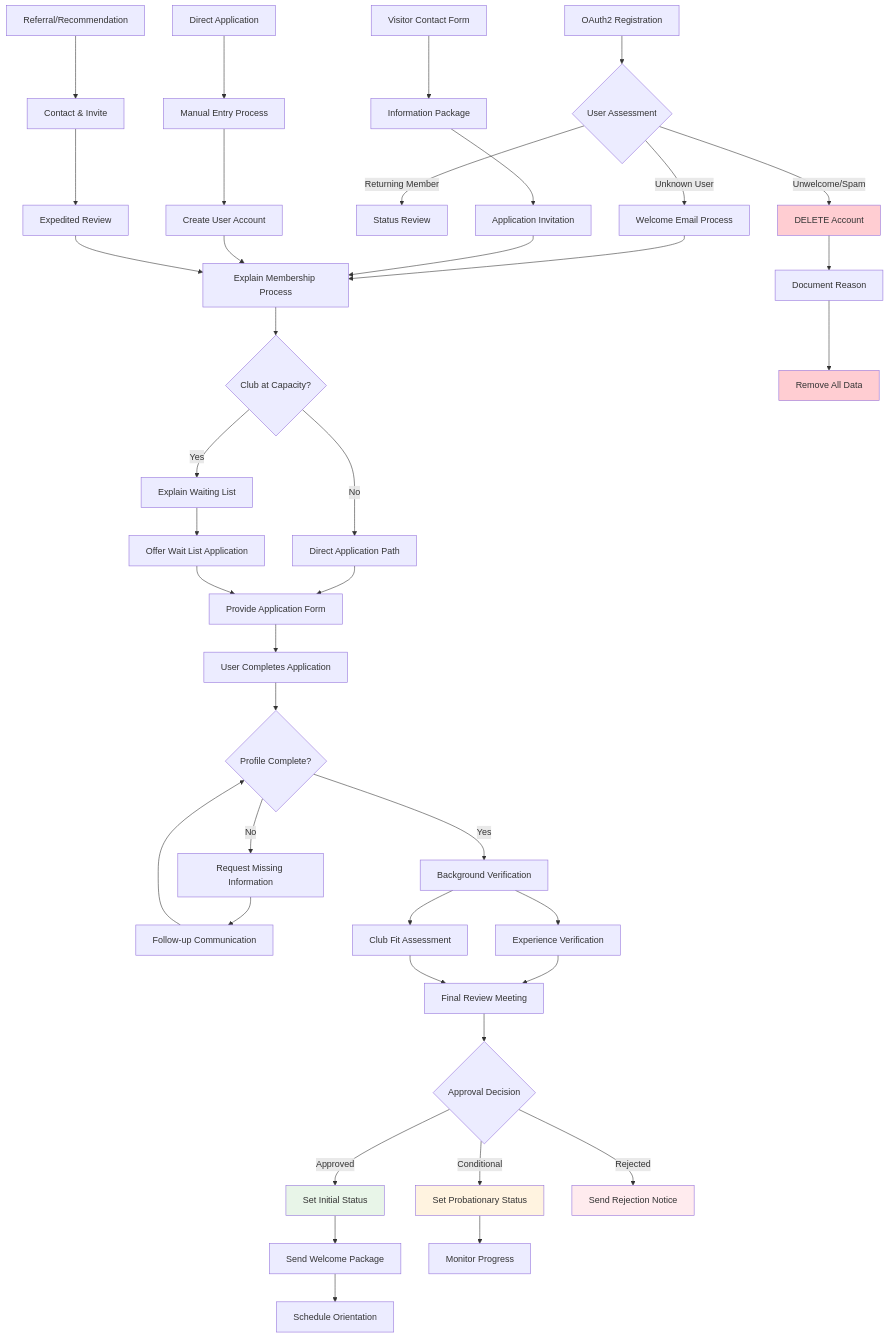
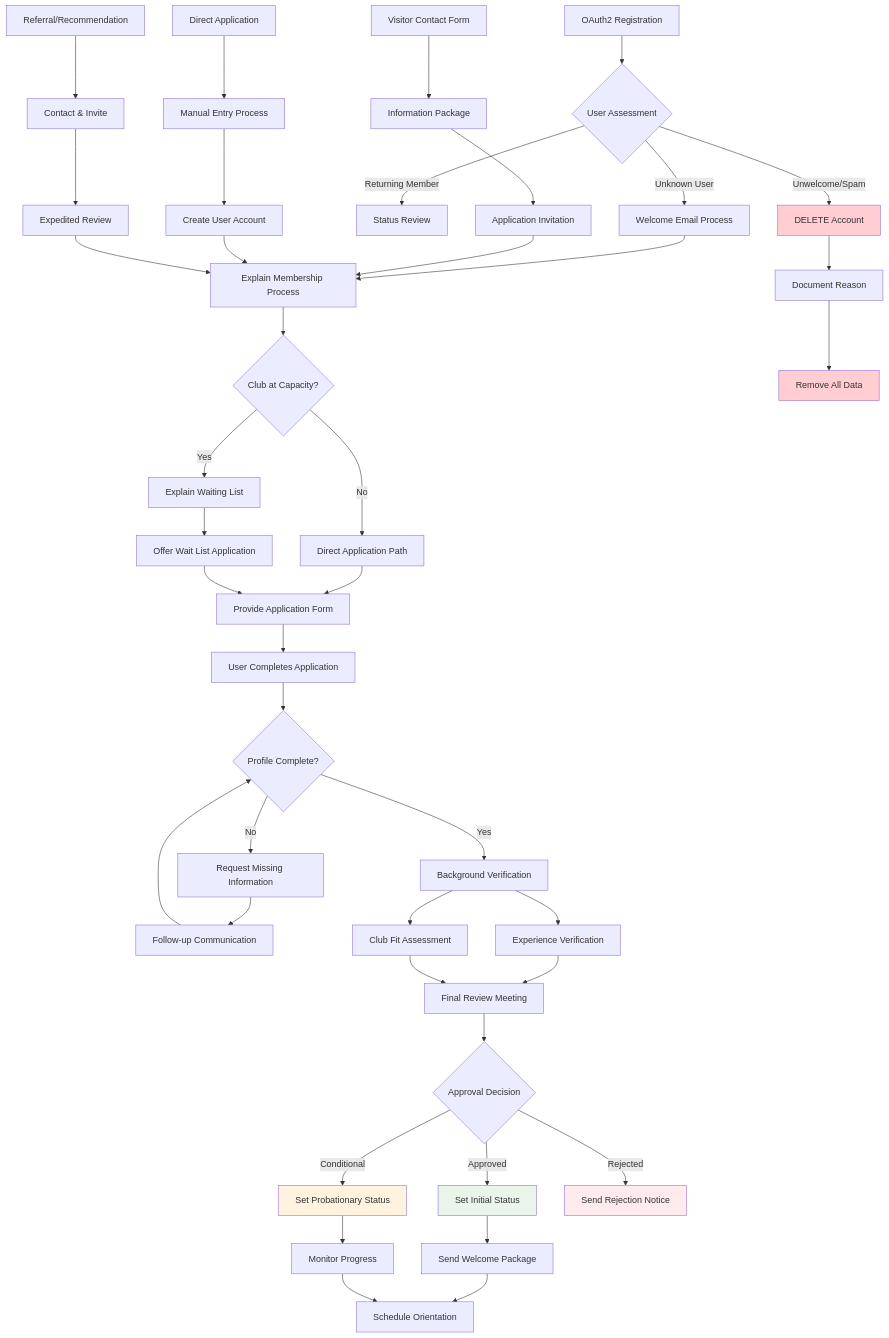
Before and after one commit to pietbarber/Manage2Soar: the third of 6 diagrams in docs/workflows/12-membership-manager-workflow.md, drawn with Mermaid. The commit also changed other lines of this file and 1 other file, not shown here.

Commit message:
Clarify membership approval decision outcomes: enhance documentation for SSC and alternative club models, update workflow diagram, and define probationary member requirements.

````diff
--- a/docs/workflows/12-membership-manager-workflow.md
+++ b/docs/workflows/12-membership-manager-workflow.md
@@ -144,62 +144,63 @@
 ```mermaid
 flowchart TD
     %% Multiple Entry Points
     A1[OAuth2 Registration] --> A2{User Assessment}
     A2 -->|Unknown User| A3[Welcome Email Process]
     A2 -->|Unwelcome/Spam| A4[DELETE Account]
     A2 -->|Returning Member| A5[Status Review]
 
     B1[Visitor Contact Form] --> B2[Information Package]
     B2 --> B3[Application Invitation]
 
     C1[Direct Application] --> C2[Manual Entry Process]
     C2 --> C3[Create User Account]
 
     D1[Referral/Recommendation] --> D2[Contact & Invite]
     D2 --> D3[Expedited Review]
 
     %% Common Application Flow
     A3 --> E[Explain Membership Process]
     B3 --> E
     C3 --> E
     D3 --> E
 
     E --> F{Club at Capacity?}
     F -->|Yes| G[Explain Waiting List]
     F -->|No| H[Direct Application Path]
     G --> I[Offer Wait List Application]
     H --> J[Provide Application Form]
     I --> J
 
     J --> K[User Completes Application]
     K --> L{Profile Complete?}
     L -->|No| M[Request Missing Information]
     M --> N[Follow-up Communication]
     N --> L
     L -->|Yes| O[Background Verification]
 
     O --> Q[Experience Verification]
     O --> R[Club Fit Assessment]
 
     Q --> S[Final Review Meeting]
     R --> S
 
     S --> T{Approval Decision}
     T -->|Approved| U[Set Initial Status]
     T -->|Conditional| V[Set Probationary Status]
     T -->|Rejected| W[Send Rejection Notice]
 
     U --> X[Send Welcome Package]
     V --> Y[Monitor Progress]
     X --> Z[Schedule Orientation]
+    Y --> Z
 
     %% Deletion Path
     A4 --> A6[Document Reason]
     A6 --> A7[Remove All Data]
 
     style U fill:#e8f5e8
     style W fill:#ffebee
     style V fill:#fff3e0
     style A4 fill:#ffcdd2
     style A7 fill:#ffcdd2
 ```
````
